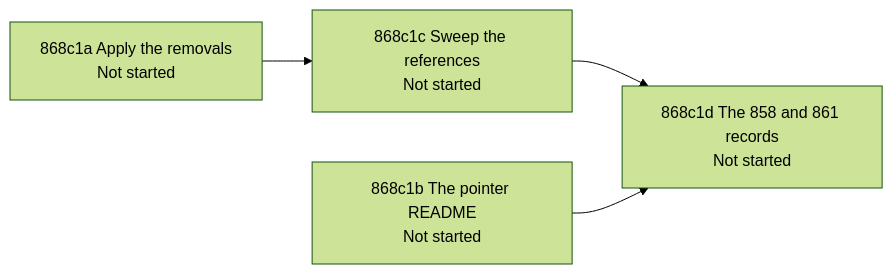
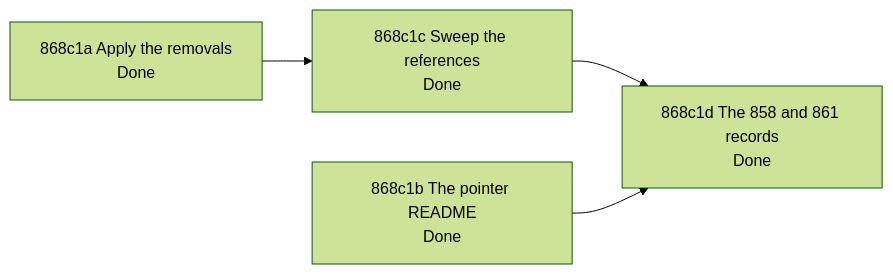
One commit to toejough/engram changed the diagram in docs/changes/868_dev-tooling-withdrawal/868c_implementation-plan.md. Above: the diagram before and after it, drawn with Mermaid (forest theme). The commit also changed other lines of this file and 4 other files, not shown here.

````diff
--- a/docs/changes/868_dev-tooling-withdrawal/868c_implementation-plan.md
+++ b/docs/changes/868_dev-tooling-withdrawal/868c_implementation-plan.md
@@ -7,10 +7,10 @@
 ```mermaid
 flowchart LR
-    N1a["868c1a Apply the removals<br/>Not started"]
-    N1b["868c1b The pointer README<br/>Not started"]
-    N1c["868c1c Sweep the references<br/>Not started"]
-    N1d["868c1d The 858 and 861 records<br/>Not started"]
+    N1a["868c1a Apply the removals<br/>Done"]
+    N1b["868c1b The pointer README<br/>Done"]
+    N1c["868c1c Sweep the references<br/>Done"]
+    N1d["868c1d The 858 and 861 records<br/>Done"]
     N1a --> N1c
     N1c --> N1d
     N1b --> N1d
 ```
````
